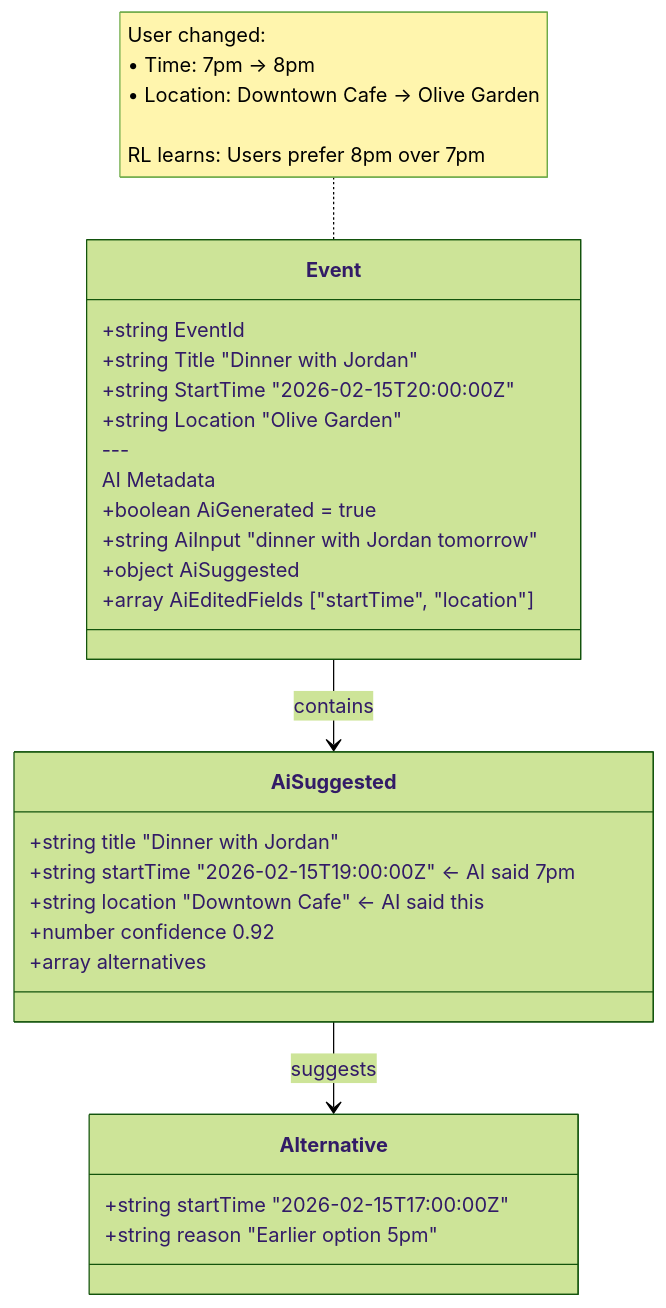
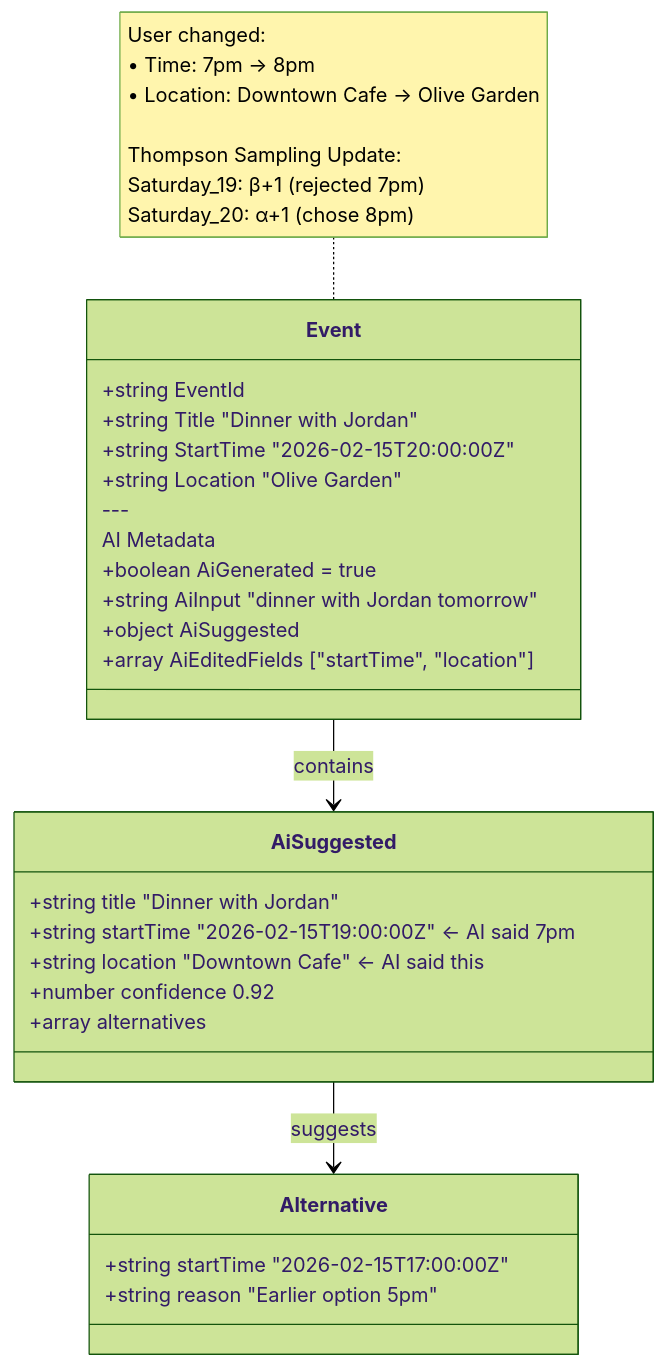
The second of 8 diagrams in AI_DATA_PIPELINE.md (UofT-CSC490-W2026/Peachy), drawn with Mermaid (forest theme) before and after one commit. The commit also changed other lines of this file and 3 other files, not shown here.

````diff
--- a/AI_DATA_PIPELINE.md
+++ b/AI_DATA_PIPELINE.md
@@ -62,33 +90,33 @@
 ```mermaid
 classDiagram
     class Event {
         +string EventId
         +string Title "Dinner with Jordan"
         +string StartTime "2026-02-15T20:00:00Z"
         +string Location "Olive Garden"
         ---
         AI Metadata
         +boolean AiGenerated = true
         +string AiInput "dinner with Jordan tomorrow"
         +object AiSuggested
         +array AiEditedFields ["startTime", "location"]
     }
 
     class AiSuggested {
         +string title "Dinner with Jordan"
         +string startTime "2026-02-15T19:00:00Z" ← AI said 7pm
         +string location "Downtown Cafe" ← AI said this
         +number confidence 0.92
         +array alternatives
     }
 
     class Alternative {
         +string startTime "2026-02-15T17:00:00Z"
         +string reason "Earlier option 5pm"
     }
 
     Event --> AiSuggested : contains
     AiSuggested --> Alternative : suggests
 
-    note for Event "User changed:<br/>• Time: 7pm → 8pm<br/>• Location: Downtown Cafe → Olive Garden<br/><br/>RL learns: Users prefer 8pm over 7pm"
+    note for Event "User changed:<br/>• Time: 7pm → 8pm<br/>• Location: Downtown Cafe → Olive Garden<br/><br/>Thompson Sampling Update:<br/>Saturday_19: β+1 (rejected 7pm)<br/>Saturday_20: α+1 (chose 8pm)"
 ```
````
